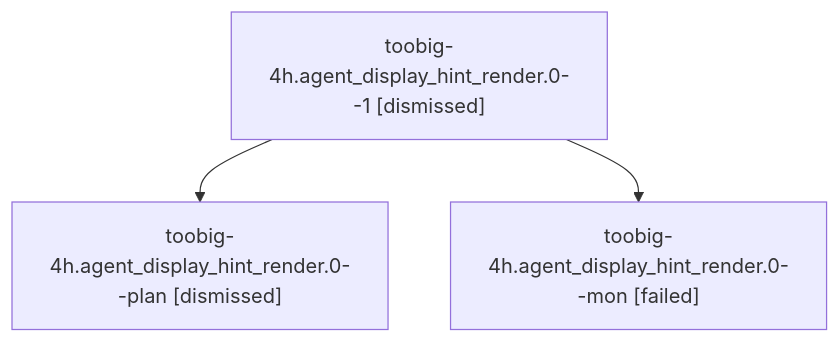
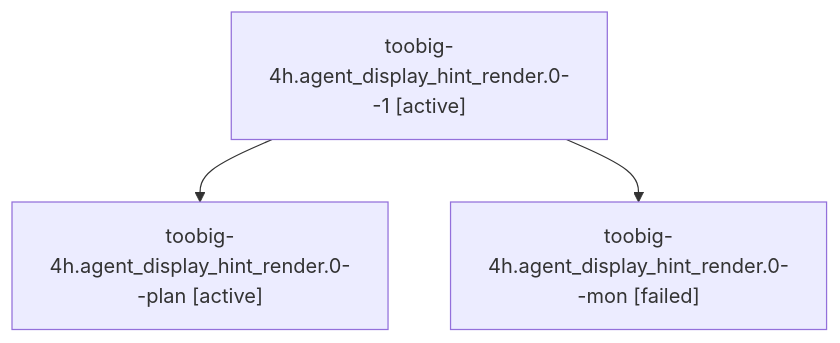
One commit to sase-org/sase--agents changed the diagram in families/bbugyi200.athena.toobig-4h.agent_display_hint_render.0.md. Above: the diagram before and after it, drawn with Mermaid. The commit also changed other lines of this file and 35830 other files, not shown here.

````diff
--- a/families/bbugyi200.athena.toobig-4h.agent_display_hint_render.0.md
+++ b/families/bbugyi200.athena.toobig-4h.agent_display_hint_render.0.md
@@ -9,8 +9,8 @@
 ```mermaid
 flowchart TD
-  n0["toobig-4h.agent_display_hint_render.0--1 [dismissed]"]
-  n1["toobig-4h.agent_display_hint_render.0--plan [dismissed]"]
+  n0["toobig-4h.agent_display_hint_render.0--1 [active]"]
+  n1["toobig-4h.agent_display_hint_render.0--plan [active]"]
   n0 --> n1
   n2["toobig-4h.agent_display_hint_render.0--mon [failed]"]
   n0 --> n2
 ```
````
